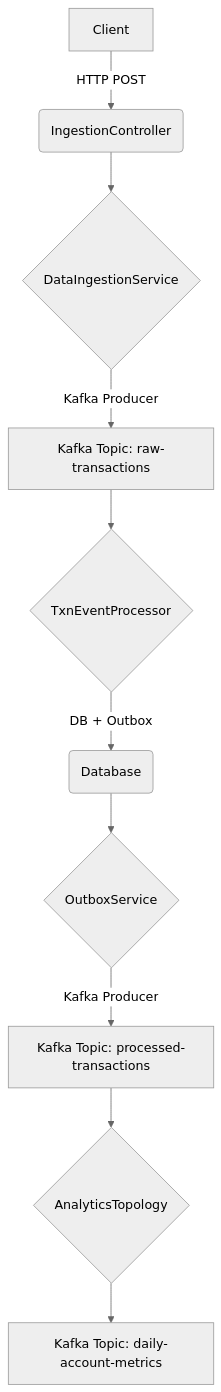
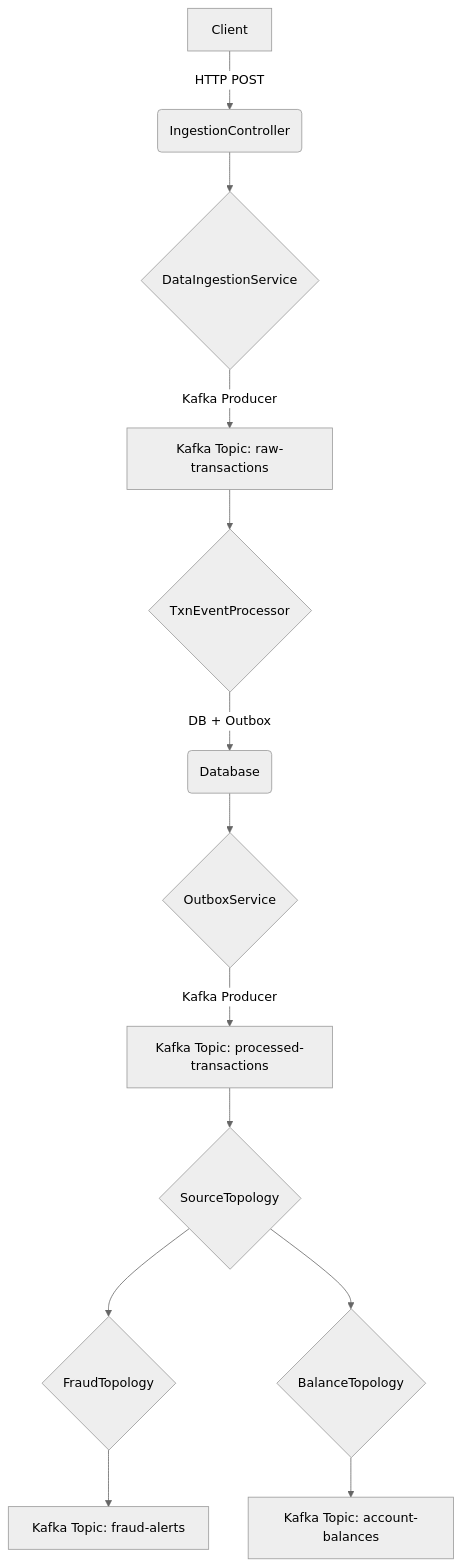
Before and after one commit to SrineelM/spring-kafka-poc: the diagram in docs/architecture.md, drawn with Mermaid (neutral theme). The commit also changed 34 other files, not shown here.

Commit message:
Production-grade hardening: Modularized Kafka Streams, implemented Exactly-Once V2 deduplication, optimized binary serialization (Scaled Longs), and multi-tier DLQ architecture with comprehensive documentation.

````diff
--- a/docs/architecture.md
+++ b/docs/architecture.md
@@ -16,12 +16,15 @@
 ```mermaid
 graph TD
     A[Client] -->|HTTP POST| B(IngestionController);
     B --> C{DataIngestionService};
     C -->|Kafka Producer| D[Kafka Topic: raw-transactions];
     D --> E{TxnEventProcessor};
     E -->|DB + Outbox| F(Database);
     F --> G{OutboxService};
     G -->|Kafka Producer| H[Kafka Topic: processed-transactions];
-    H --> I{AnalyticsTopology};
-    I --> J[Kafka Topic: daily-account-metrics];
+    H --> I1{SourceTopology};
+    I1 --> I2{FraudTopology};
+    I1 --> I3{BalanceTopology};
+    I3 --> J[Kafka Topic: account-balances];
+    I2 --> K[Kafka Topic: fraud-alerts];
 ```
````
